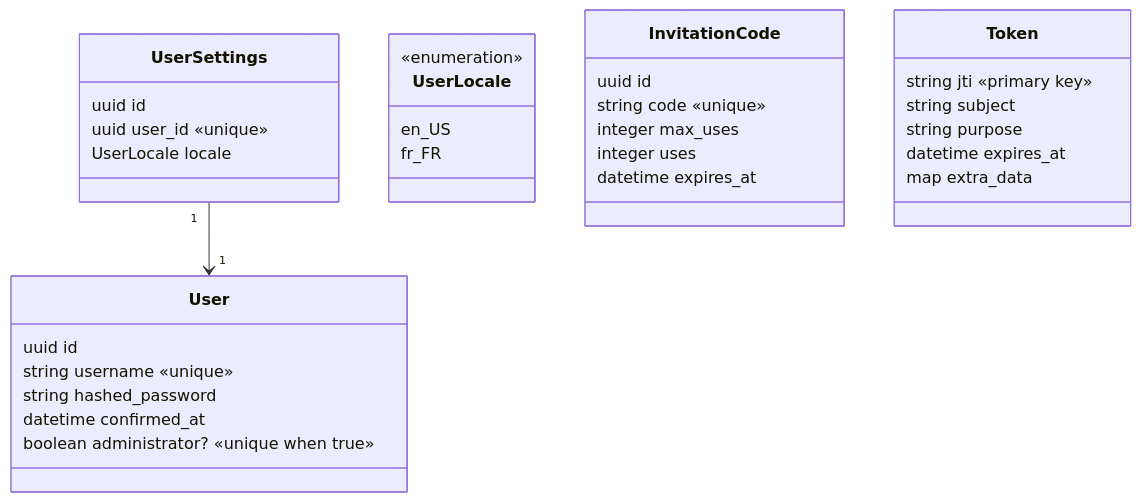
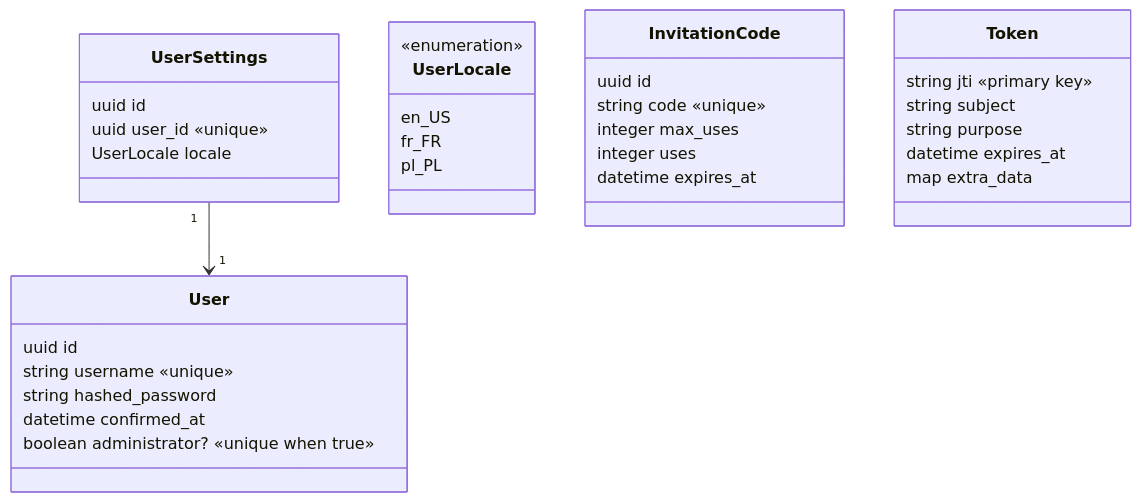
One commit to nat-e/watch_club changed the first of 12 diagrams in docs/data-model.md. Above: the diagram before and after it, drawn with Mermaid. The commit also changed 56 other files, not shown here.

````diff
--- a/docs/data-model.md
+++ b/docs/data-model.md
@@ -24,35 +24,36 @@
 ```mermaid
 classDiagram
   class User {
     uuid id
     string username «unique»
     string hashed_password
     datetime confirmed_at
     boolean administrator? «unique when true»
   }
   class UserSettings {
     uuid id
     uuid user_id «unique»
     UserLocale locale
   }
   class UserLocale {
     <<enumeration>>
     en_US
     fr_FR
+    pl_PL
   }
   class InvitationCode {
     uuid id
     string code «unique»
     integer max_uses
     integer uses
     datetime expires_at
   }
   class Token {
     string jti «primary key»
     string subject
     string purpose
     datetime expires_at
     map extra_data
   }
   UserSettings "1" --> "1" User
 ```
````
